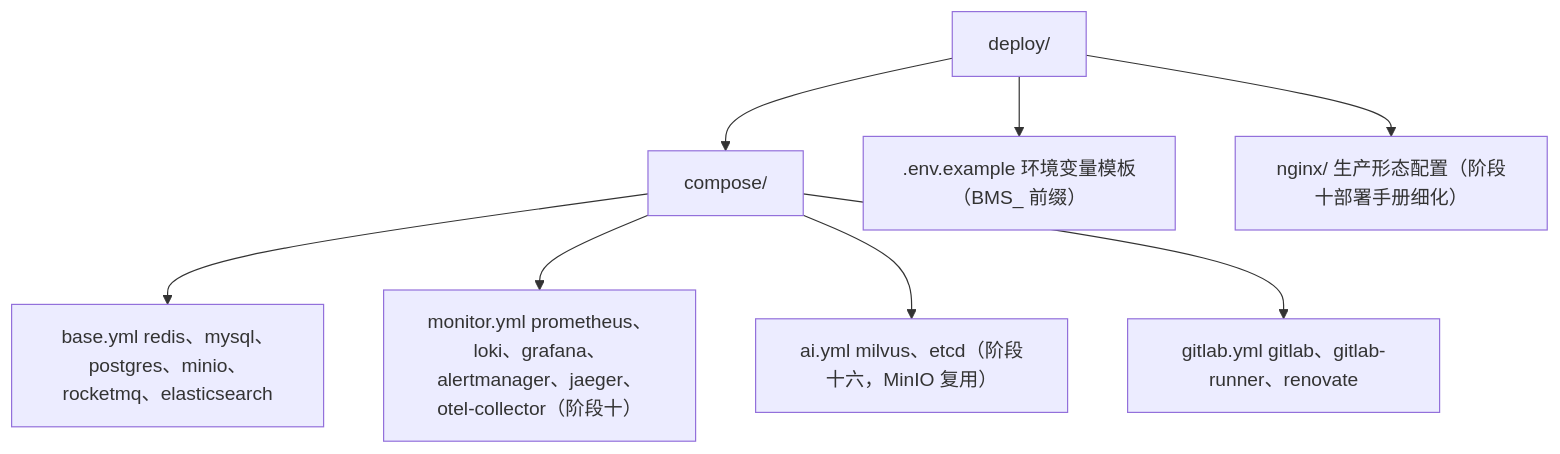
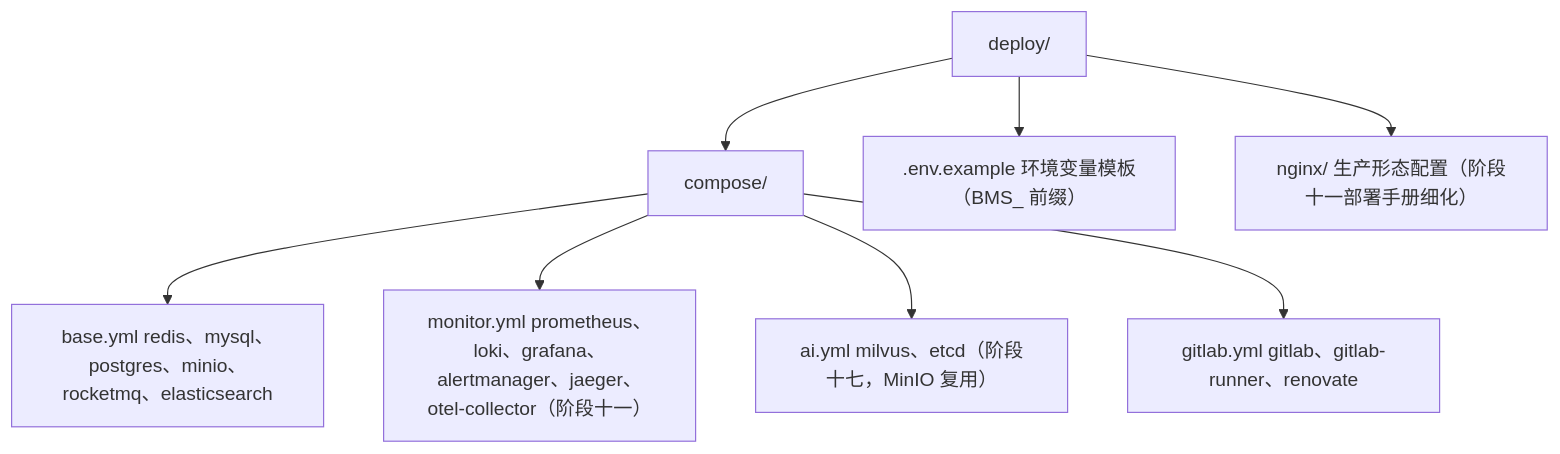
Before and after one commit to minjian123/basic-management-system: the diagram in bms文档/规划/开发部署规划.md, drawn with Mermaid. The commit also changed other lines of this file and 199 other files, not shown here.

````diff
--- a/bms文档/规划/开发部署规划.md
+++ b/bms文档/规划/开发部署规划.md
@@ -136,10 +136,10 @@
 ```mermaid
 graph TD
     A["deploy/"] --> B["compose/"]
     B --> B1["base.yml redis、mysql、postgres、minio、rocketmq、elasticsearch"]
-    B --> B2["monitor.yml prometheus、loki、grafana、alertmanager、jaeger、otel-collector（阶段十）"]
-    B --> B3["ai.yml milvus、etcd（阶段十六，MinIO 复用）"]
+    B --> B2["monitor.yml prometheus、loki、grafana、alertmanager、jaeger、otel-collector（阶段十一）"]
+    B --> B3["ai.yml milvus、etcd（阶段十七，MinIO 复用）"]
     B --> B4["gitlab.yml gitlab、gitlab-runner、renovate"]
     A --> C[".env.example 环境变量模板（BMS_ 前缀）"]
-    A --> D["nginx/ 生产形态配置（阶段十部署手册细化）"]
+    A --> D["nginx/ 生产形态配置（阶段十一部署手册细化）"]
 ```
````
